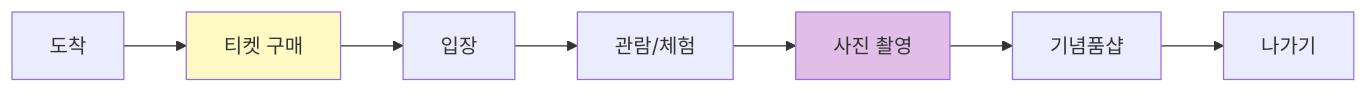
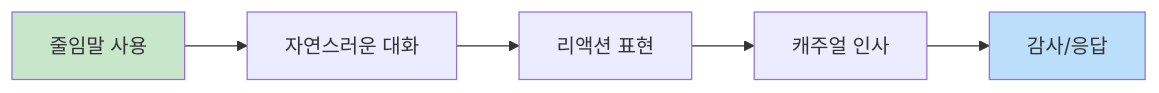
One commit to Collegenie-X/AI-English changed diagram 24 of 26 in 영어_일상_회화/travel-english-conversations.md. Above: the diagram before and after it, drawn with Mermaid. The commit also changed other lines of this file and 43 other files, not shown here.

````diff
--- a/영어_일상_회화/travel-english-conversations.md
+++ b/영어_일상_회화/travel-english-conversations.md
@@ -818,12 +2367,10 @@
 ```mermaid
 flowchart LR
-    A[도착] --> B[티켓 구매]
-    B --> C[입장]
-    C --> D[관람/체험]
-    D --> E[사진 촬영]
-    E --> F[기념품샵]
-    F --> G[나가기]
+    A[줄임말 사용] --> B[자연스러운 대화]
+    B --> C[리액션 표현]
+    C --> D[캐주얼 인사]
+    D --> E[감사/응답]
     
-    style B fill:#fff9c4
-    style E fill:#e1bee7
+    style A fill:#c8e6c9
+    style E fill:#bbdefb
 ```
````
